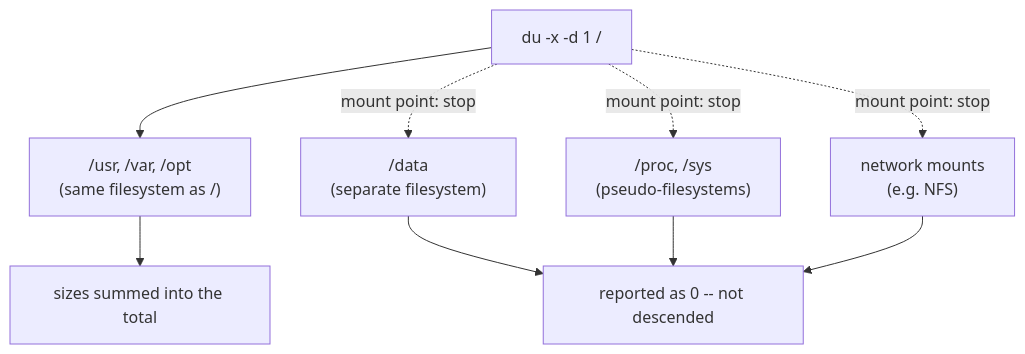
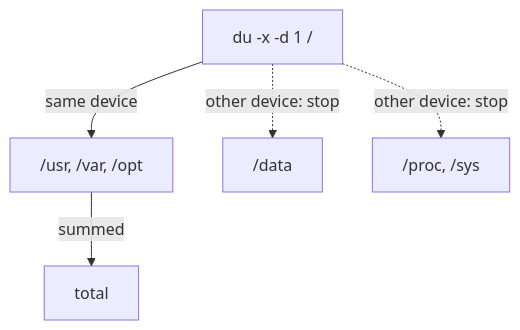
Before and after one commit to astrona-io/ATS004: the diagram in sections/section-080/module-01/course-02-one-filesystem-and-apparent-size.md, drawn with Mermaid. The commit also changed other lines of this file and 287 other files, not shown here.

````diff
--- a/sections/section-080/module-01/course-02-one-filesystem-and-apparent-size.md
+++ b/sections/section-080/module-01/course-02-one-filesystem-and-apparent-size.md
@@ -13,12 +11,7 @@
 ```mermaid
-flowchart TD
-    ROOT["du -x -d 1 /"] --> SAME["/usr, /var, /opt<br/>(same filesystem as /)"]
-    ROOT -.->|"mount point: stop"| DATA["/data<br/>(separate filesystem)"]
-    ROOT -.->|"mount point: stop"| PROC["/proc, /sys<br/>(pseudo-filesystems)"]
-    ROOT -.->|"mount point: stop"| NFS["network mounts<br/>(e.g. NFS)"]
-
-    SAME --> SUM["sizes summed into the total"]
-    DATA --> SKIP["reported as 0 -- not descended"]
-    PROC --> SKIP
-    NFS --> SKIP
+flowchart TB
+    ROOT["du -x -d 1 /"] -->|"same device"| SAME["/usr, /var, /opt"]
+    ROOT -.->|"other device: stop"| DATA["/data"]
+    ROOT -.->|"other device: stop"| PROC["/proc, /sys"]
+    SAME -->|"summed"| SUM["total"]
 ```
````
